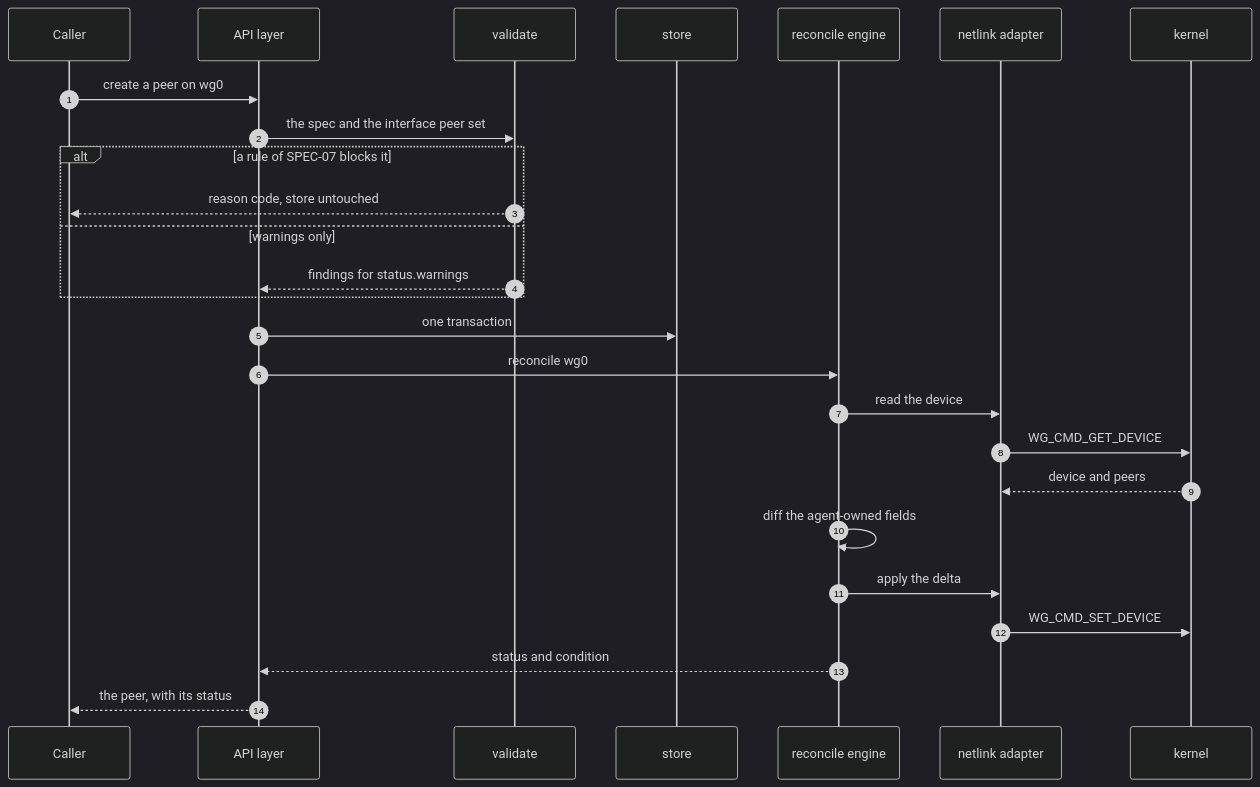
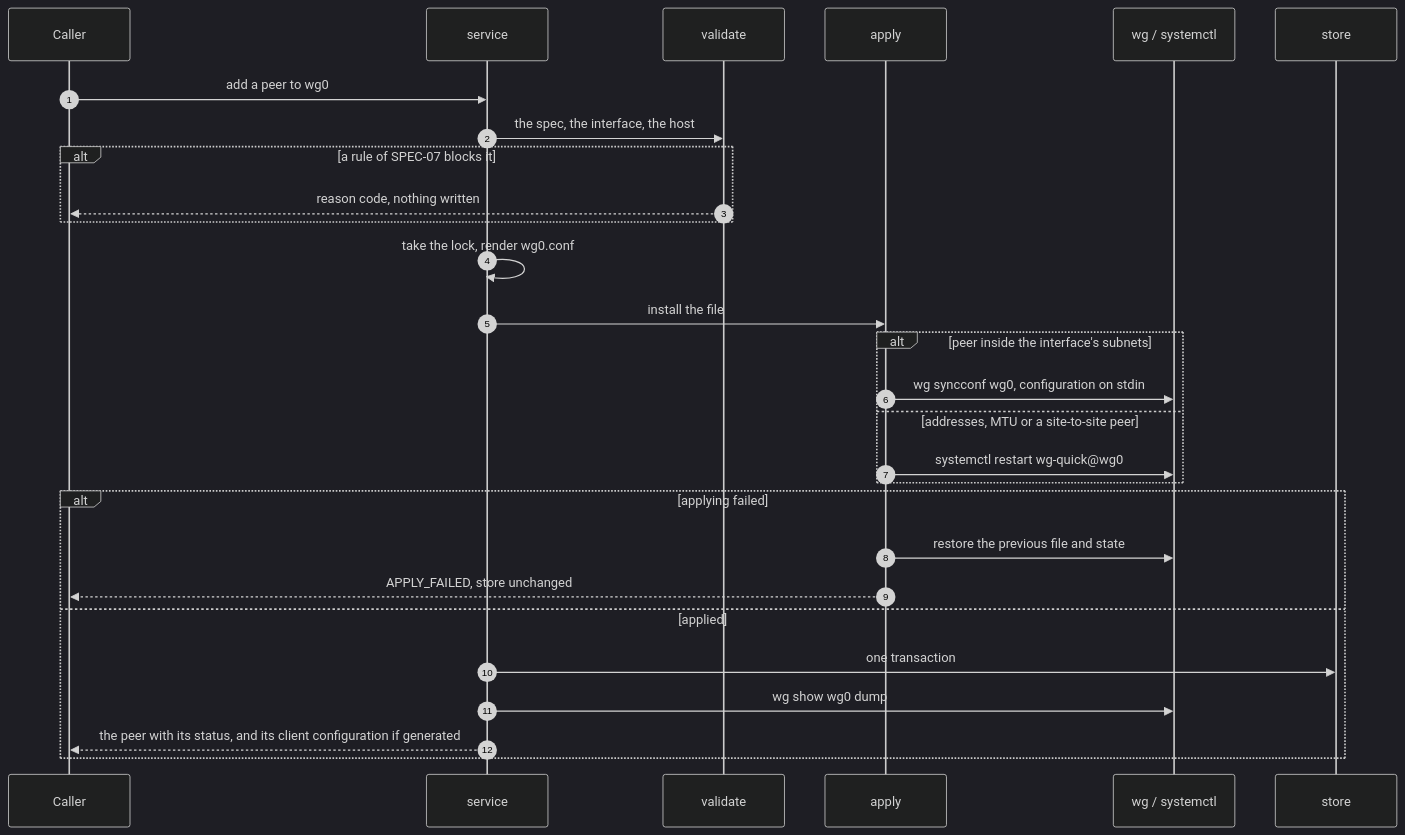
The second of 2 diagrams in docs/00-overview/architecture.md (vinh466/wg-agent), drawn with Mermaid (dark theme) before and after one commit. The commit also changed other lines of this file and 16 other files, not shown here.

````diff
--- a/docs/00-overview/architecture.md
+++ b/docs/00-overview/architecture.md
@@ -69,29 +79,31 @@
 ```mermaid
 sequenceDiagram
     autonumber
     participant op as Caller
-    participant api as API layer
+    participant svc as service
     participant val as validate
+    participant apl as apply
+    participant wg as wg / systemctl
     participant st as store
-    participant eng as reconcile engine
-    participant nl as netlink adapter
-    participant kern as kernel
 
-    op->>api: create a peer on wg0
-    api->>val: the spec and the interface peer set
+    op->>svc: add a peer to wg0
+    svc->>val: the spec, the interface, the host
     alt a rule of SPEC-07 blocks it
-        val-->>op: reason code, store untouched
-    else warnings only
-        val-->>api: findings for status.warnings
+        val-->>op: reason code, nothing written
     end
-    api->>st: one transaction
-    api->>eng: reconcile wg0
-    eng->>nl: read the device
-    nl->>kern: WG_CMD_GET_DEVICE
-    kern-->>nl: device and peers
-    eng->>eng: diff the agent-owned fields
-    eng->>nl: apply the delta
-    nl->>kern: WG_CMD_SET_DEVICE
-    eng-->>api: status and condition
-    api-->>op: the peer, with its status
+    svc->>svc: take the lock, render wg0.conf
+    svc->>apl: install the file
+    alt peer inside the interface's subnets
+        apl->>wg: wg syncconf wg0, configuration on stdin
+    else addresses, MTU or a site-to-site peer
+        apl->>wg: systemctl restart wg-quick@wg0
+    end
+    alt applying failed
+        apl->>wg: restore the previous file and state
+        apl-->>op: APPLY_FAILED, store unchanged
+    else applied
+        svc->>st: one transaction
+        svc->>wg: wg show wg0 dump
+        svc-->>op: the peer with its status, and its client configuration if generated
+    end
 ```
````
